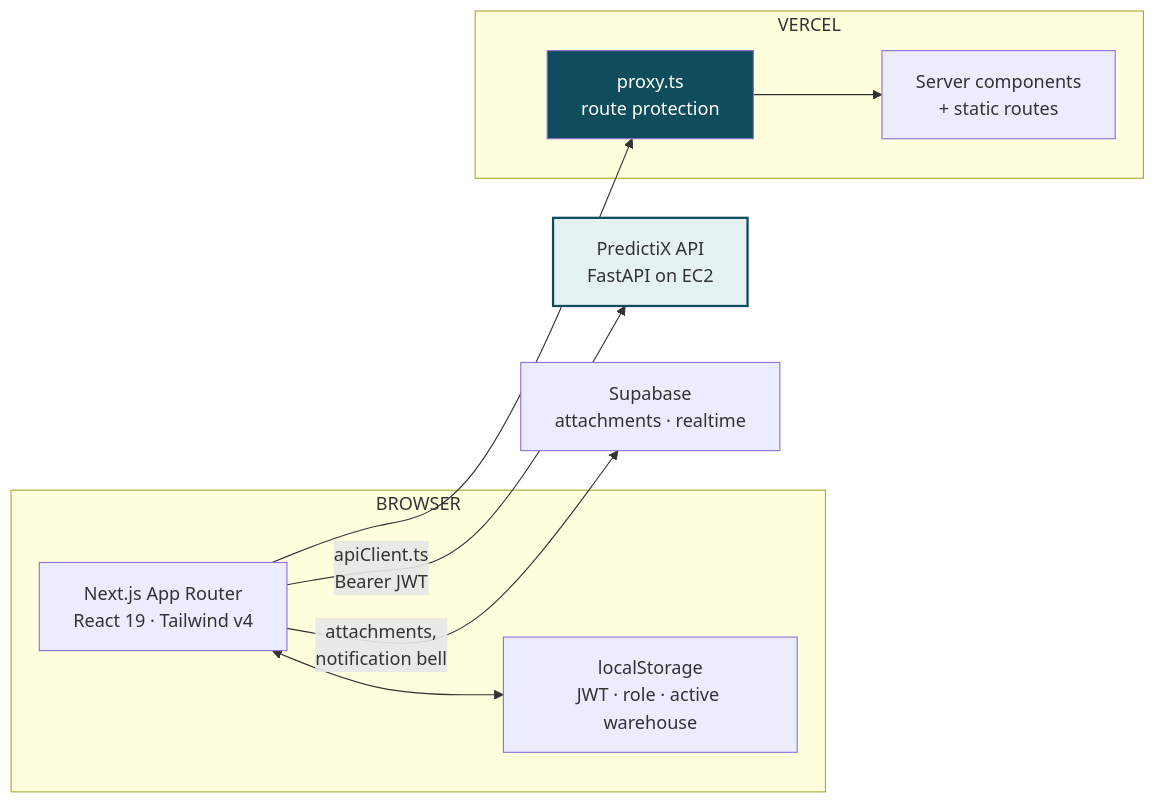
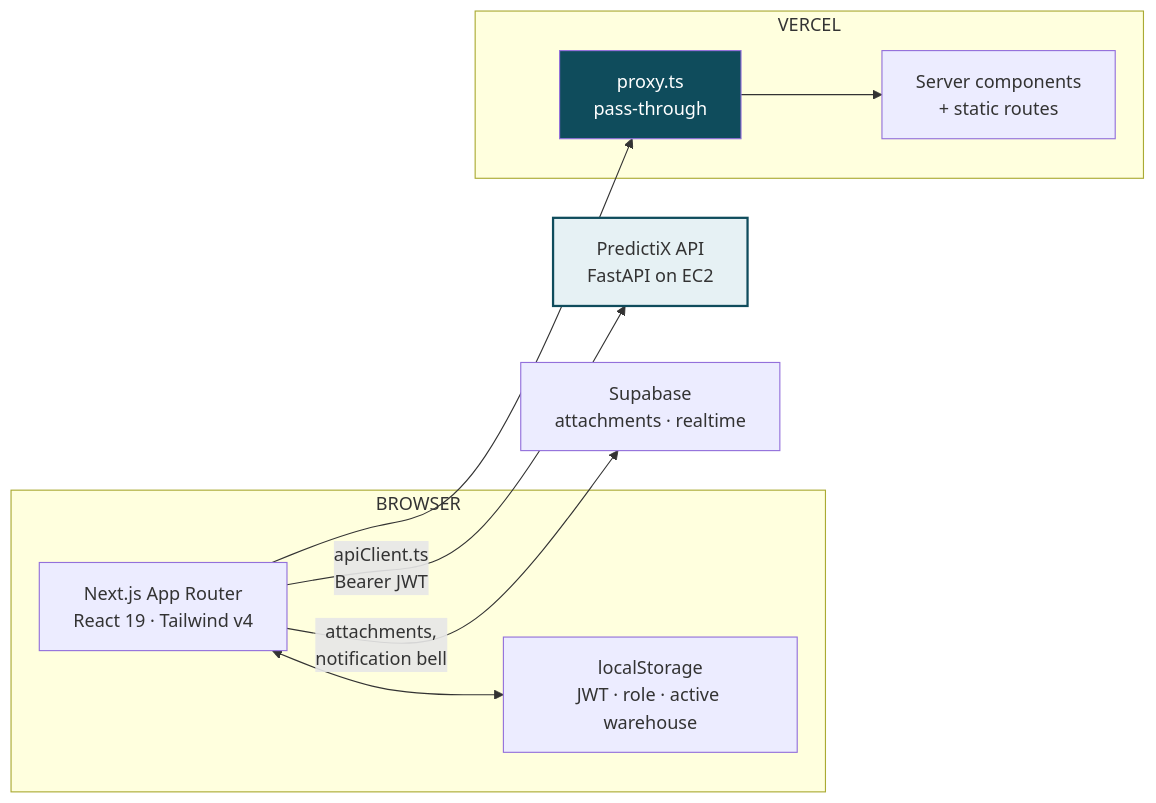
One commit to Dinusha-Ekanayake/PredictiX-Frontend changed the first of 2 diagrams in README.md. Above: the diagram before and after it, drawn with Mermaid. The commit also changed other lines of this file and 27 other files, not shown here.

````diff
--- a/README.md
+++ b/README.md
@@ -63,23 +63,23 @@
 ```mermaid
 graph LR
     subgraph BROWSER["BROWSER"]
         APP["Next.js App Router<br/>React 19 · Tailwind v4"]
         LS["localStorage<br/>JWT · role · active warehouse"]
         APP <--> LS
     end
 
     subgraph EDGE["VERCEL"]
         SSR["Server components<br/>+ static routes"]
-        MW["proxy.ts<br/>route protection"]
+        MW["proxy.ts<br/>pass-through"]
     end
 
     API["PredictiX API<br/>FastAPI on EC2"]
     SB["Supabase<br/>attachments · realtime"]
 
     APP --> MW --> SSR
     APP -->|"apiClient.ts<br/>Bearer JWT"| API
     APP -->|"attachments,<br/>notification bell"| SB
 
     style MW fill:#0F4C5C,color:#fff
     style API fill:#E6F1F4,stroke:#0F4C5C,stroke-width:2px
 ```
````
